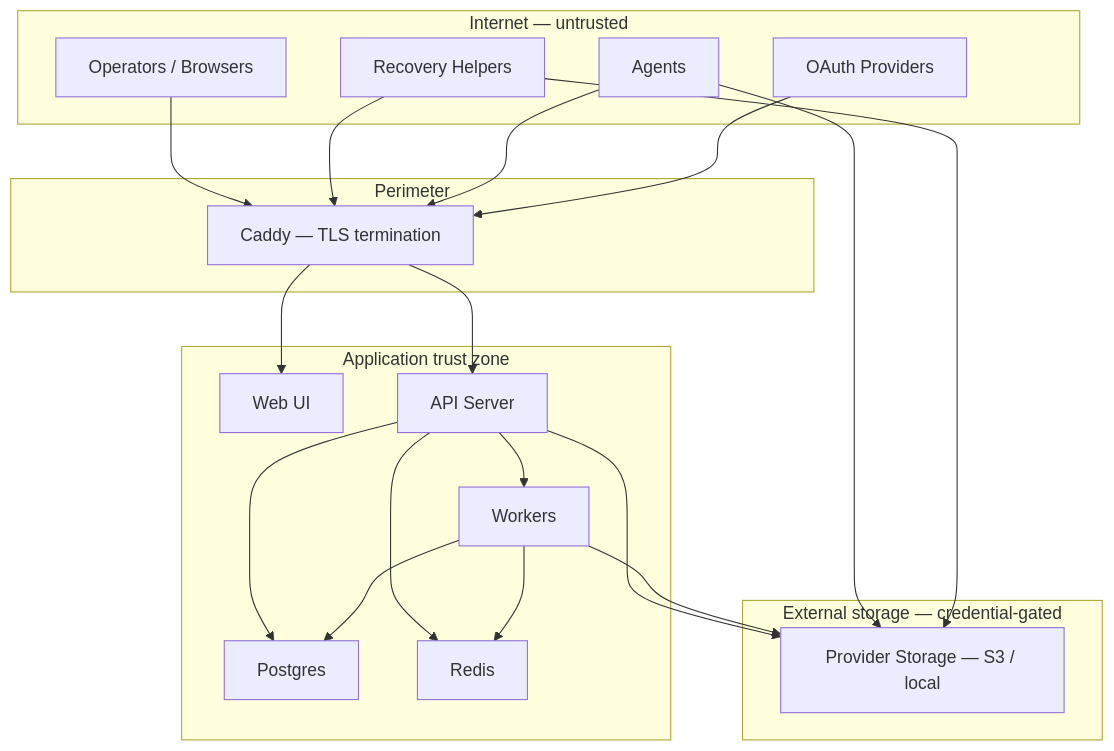
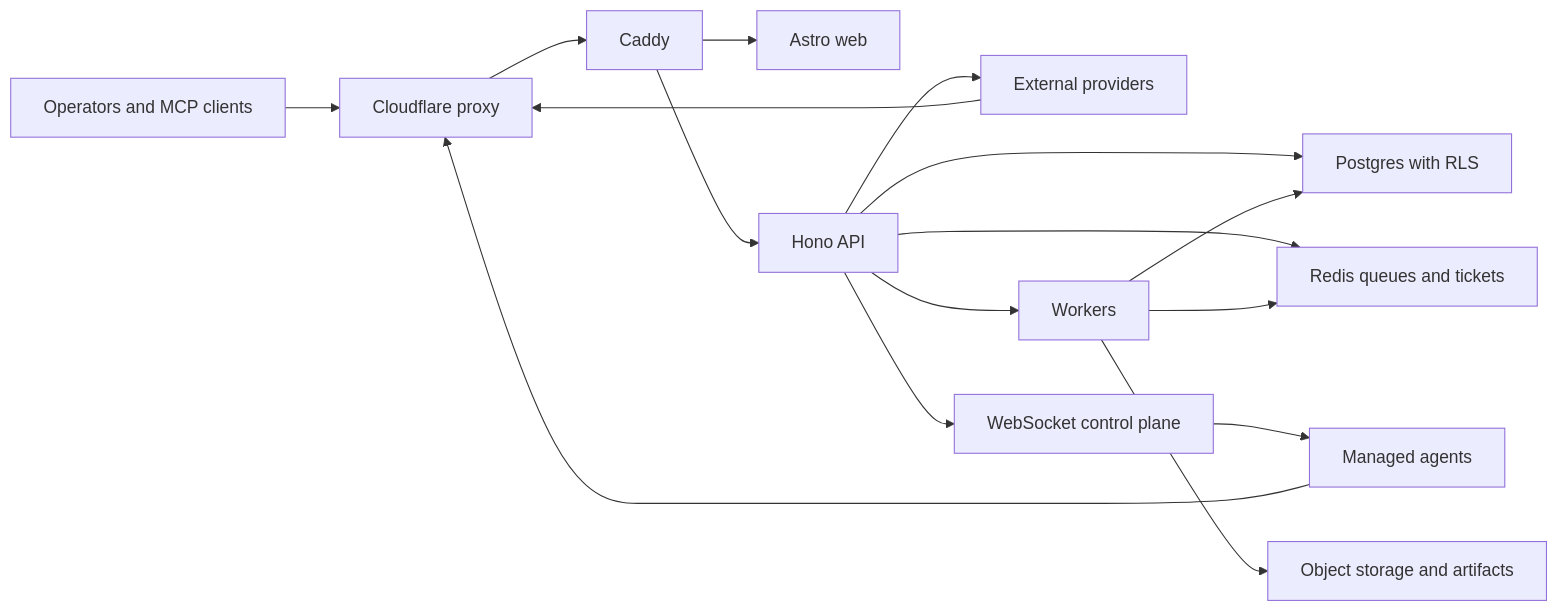
Before and after one commit to LanternOps/breeze: the diagram in breeze-threat-model.md, drawn with Mermaid. The commit also changed other lines of this file and 46 other files, not shown here.

First line of the commit message:
fix(oauth,mcp): harden token endpoint, revocation, and bootstrap flows

````diff
--- a/breeze-threat-model.md
+++ b/breeze-threat-model.md
@@ -102,37 +82,31 @@
 ```mermaid
-flowchart TD
-  subgraph "Internet — untrusted"
-    I["Operators / Browsers"]
-    J["Recovery Helpers"]
-    K["Agents"]
-    L["OAuth Providers"]
-  end
-  subgraph "Perimeter"
-    B["Caddy — TLS termination"]
-  end
-  subgraph "Application trust zone"
-    C["Web UI"]
-    D["API Server"]
-    G["Workers"]
-    E["Postgres"]
-    F["Redis"]
-  end
-  subgraph "External storage — credential-gated"
-    H["Provider Storage — S3 / local"]
-  end
-  I --> B
-  J --> B
-  K --> B
-  L --> B
-  B --> C
-  B --> D
-  D --> E
-  D --> F
-  D --> G
-  D --> H
-  G --> E
-  G --> F
-  G --> H
-  K --> H
-  J --> H
+flowchart LR
+  U["Operators and MCP clients"]
+  A["Managed agents"]
+  P["External providers"]
+  CF["Cloudflare proxy"]
+  C["Caddy"]
+  W["Astro web"]
+  API["Hono API"]
+  WS["WebSocket control plane"]
+  R["Redis queues and tickets"]
+  DB["Postgres with RLS"]
+  J["Workers"]
+  S["Object storage and artifacts"]
+
+  U --> CF
+  A --> CF
+  P --> CF
+  CF --> C
+  C --> W
+  C --> API
+  API --> DB
+  API --> R
+  API --> WS
+  WS --> A
+  API --> J
+  J --> DB
+  J --> R
+  J --> S
+  API --> P
 ```
````
